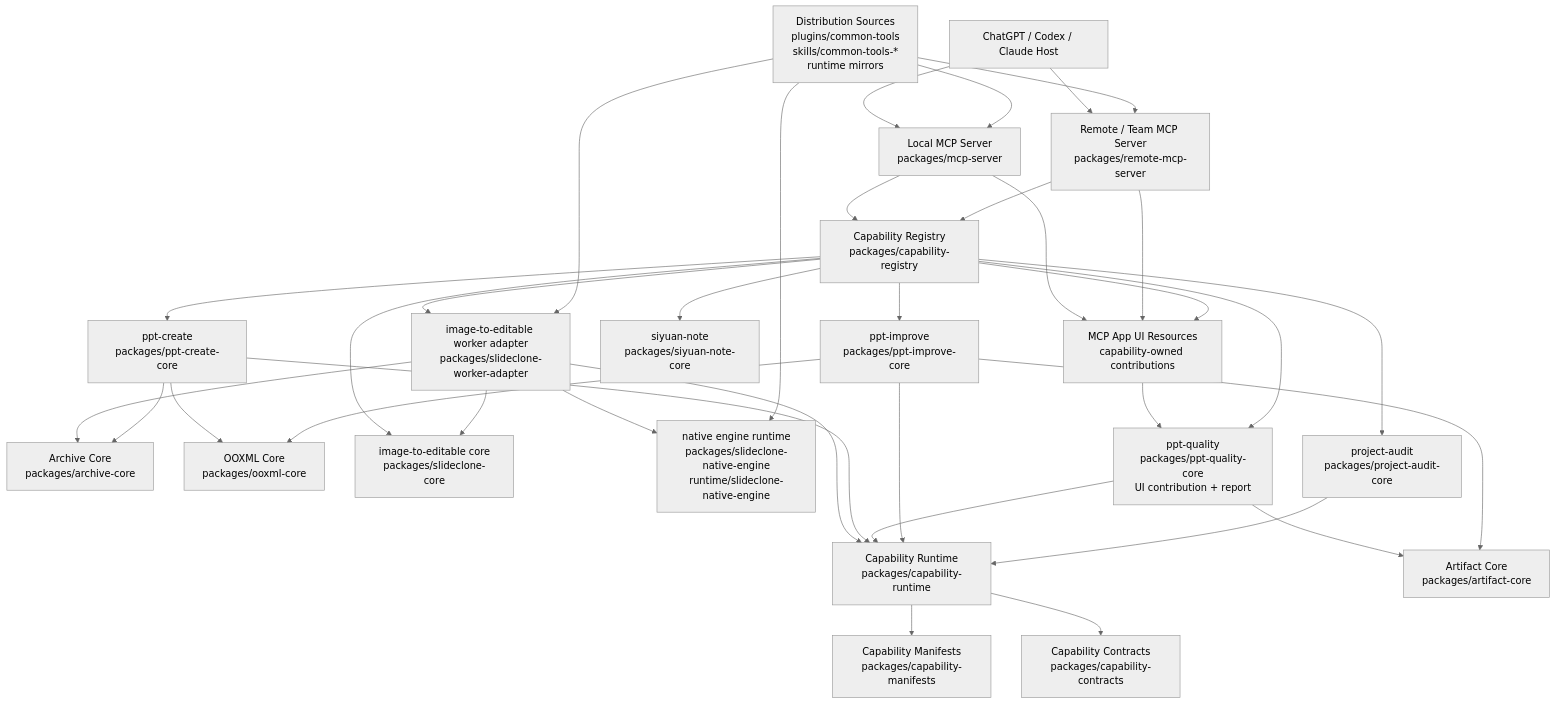
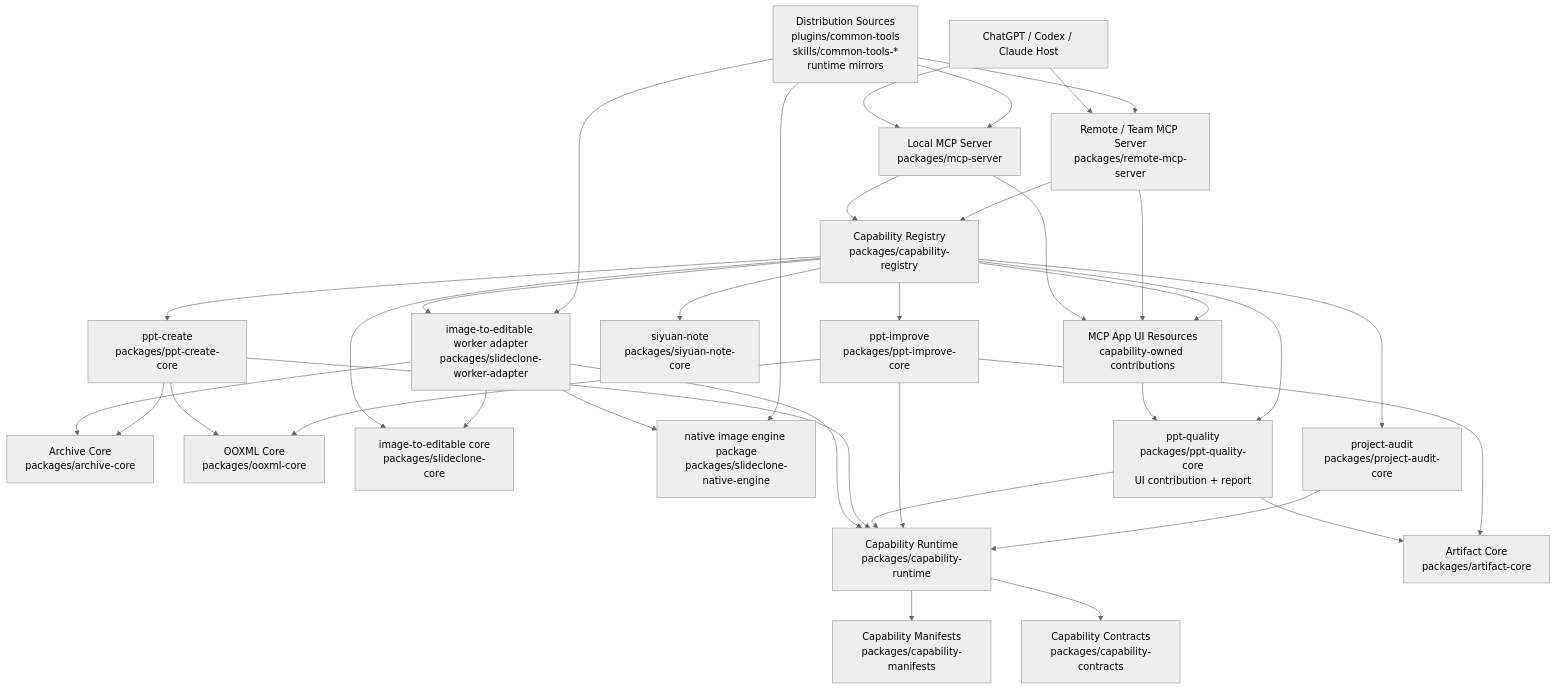
One commit to cbhandsun/common-tools changed the diagram in docs/general-plugin-architecture.md. Above: the diagram before and after it, drawn with Mermaid (neutral theme). The commit also changed other lines of this file and 210 other files, not shown here.

Commit message:
Move native engine runtime into package

````diff
--- a/docs/general-plugin-architecture.md
+++ b/docs/general-plugin-architecture.md
@@ -5,60 +5,60 @@
 ```mermaid
 flowchart TD
   Host["ChatGPT / Codex / Claude Host"]
   LocalMcp["Local MCP Server\npackages/mcp-server"]
   RemoteMcp["Remote / Team MCP Server\npackages/remote-mcp-server"]
   Registry["Capability Registry\npackages/capability-registry"]
   Runtime["Capability Runtime\npackages/capability-runtime"]
   Manifests["Capability Manifests\npackages/capability-manifests"]
   Contracts["Capability Contracts\npackages/capability-contracts"]
   Artifacts["Artifact Core\npackages/artifact-core"]
   Archive["Archive Core\npackages/archive-core"]
   Ooxml["OOXML Core\npackages/ooxml-core"]
 
   ImageCore["image-to-editable core\npackages/slideclone-core"]
   ImageWorker["image-to-editable worker adapter\npackages/slideclone-worker-adapter"]
-  ImageEngine["native engine runtime\npackages/slideclone-native-engine\nruntime/slideclone-native-engine"]
+  ImageEngine["native image engine package\npackages/slideclone-native-engine"]
   PptCreate["ppt-create\npackages/ppt-create-core"]
   PptQuality["ppt-quality\npackages/ppt-quality-core\nUI contribution + report"]
   PptImprove["ppt-improve\npackages/ppt-improve-core"]
   ProjectAudit["project-audit\npackages/project-audit-core"]
   Siyuan["siyuan-note\npackages/siyuan-note-core"]
 
   Dist["Distribution Sources\nplugins/common-tools\nskills/common-tools-*\nruntime mirrors"]
   UI["MCP App UI Resources\ncapability-owned contributions"]
 
   Host --> LocalMcp
   Host --> RemoteMcp
   LocalMcp --> Registry
   RemoteMcp --> Registry
   LocalMcp --> UI
   RemoteMcp --> UI
   UI --> PptQuality
   Registry --> UI
   Registry --> ImageWorker
   Registry --> ImageCore
   Registry --> PptCreate
   Registry --> PptQuality
   Registry --> PptImprove
   Registry --> ProjectAudit
   Registry --> Siyuan
   ImageWorker --> Runtime
   ImageWorker --> ImageCore
   ImageWorker --> ImageEngine
   PptCreate --> Runtime
   PptQuality --> Runtime
   PptImprove --> Runtime
   ProjectAudit --> Runtime
   Runtime --> Manifests
   Runtime --> Contracts
   ImageWorker --> Archive
   PptCreate --> Archive
   PptQuality --> Artifacts
   PptImprove --> Artifacts
   PptCreate --> Ooxml
   PptImprove --> Ooxml
   Dist --> LocalMcp
   Dist --> RemoteMcp
   Dist --> ImageWorker
   Dist --> ImageEngine
 ```
````
